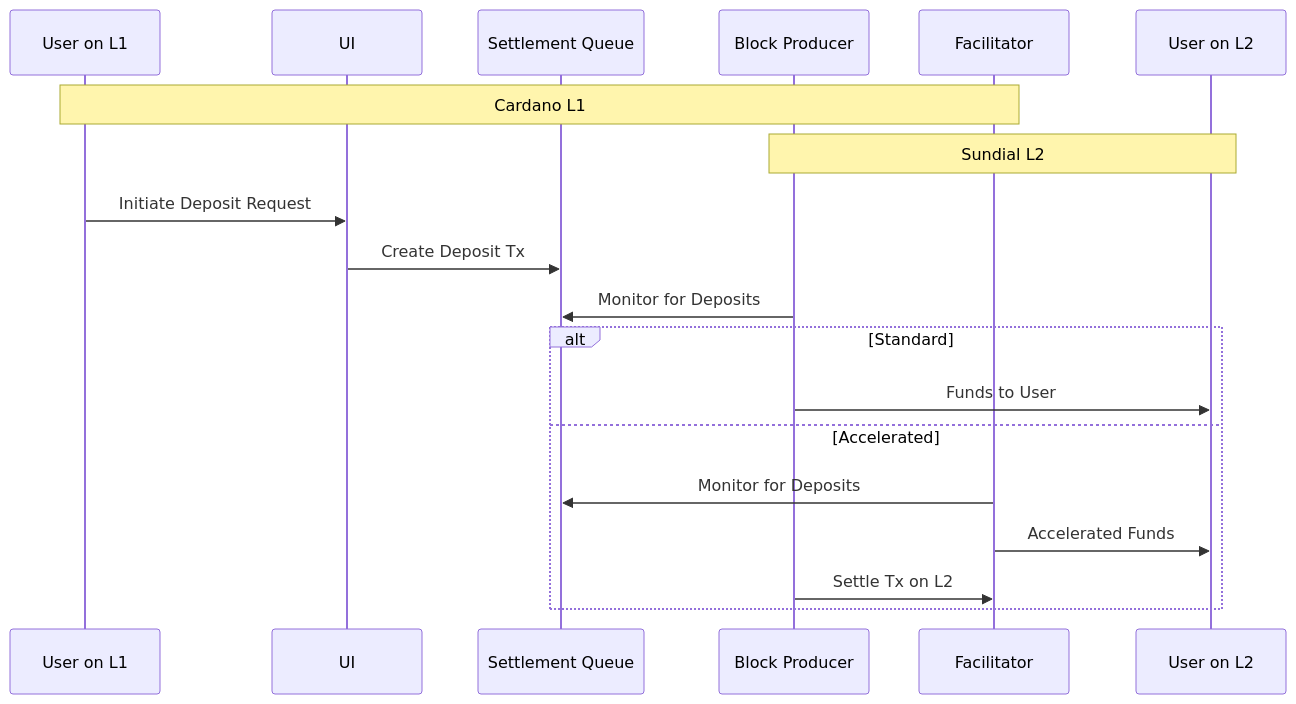
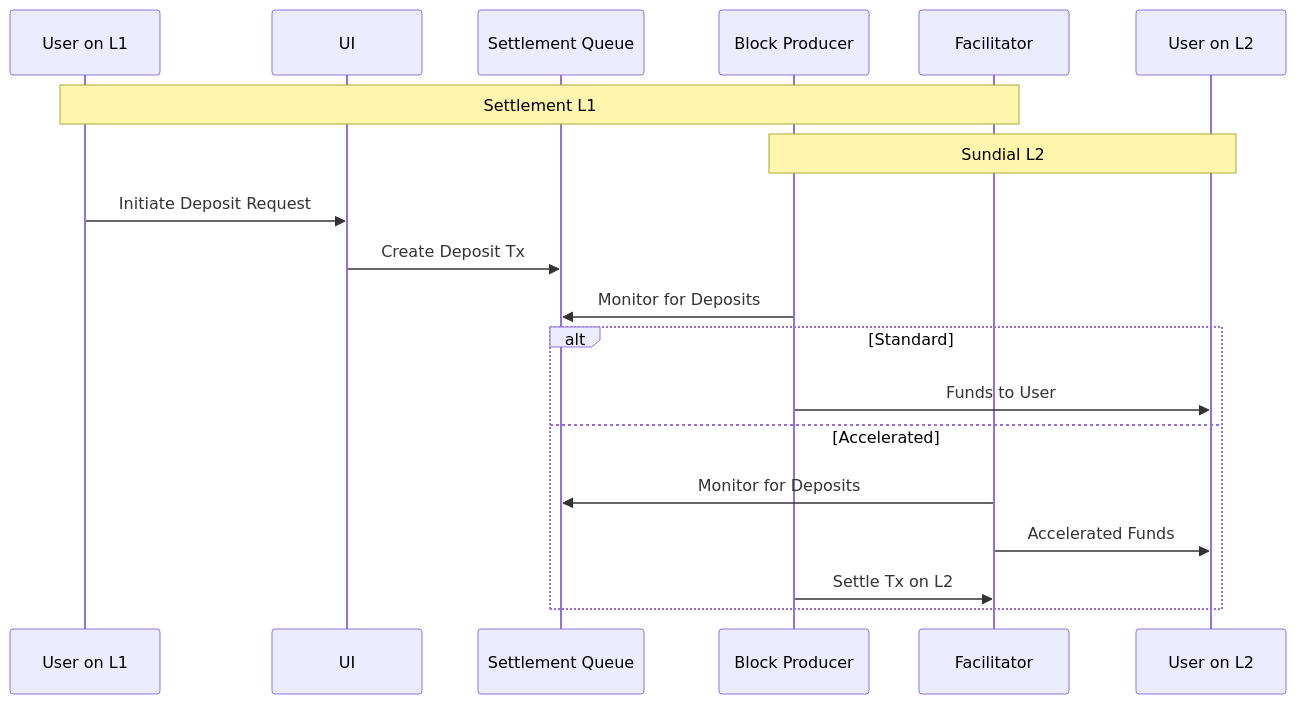
The fourth of 5 diagrams in architecture/layers/blueprint.md (sundial-protocol/internal-docs), drawn with Mermaid before and after one commit. The commit also changed other lines of this file and 10 other files, not shown here.

Commit message:
architecture docs refinement

````diff
--- a/architecture/layers/blueprint.md
+++ b/architecture/layers/blueprint.md
@@ -121,23 +121,23 @@
 ```mermaid
 sequenceDiagram
     participant User as User on L1
     participant UI
     participant L1 as Settlement Queue
     participant BP as Block Producer
     participant Facilitator
     participant L2 as User on L2
 
-    Note over User, Facilitator: Cardano L1
+    Note over User, Facilitator: Settlement L1
     Note over BP, L2: Sundial L2
     User->>UI: Initiate Deposit Request
     UI->>L1: Create Deposit Tx
     BP->>L1: Monitor for Deposits
 
 alt Standard
     BP->>L2: Funds to User
 else Accelerated
     Facilitator->>L1: Monitor for Deposits
     Facilitator->>L2: Accelerated Funds
     BP->>Facilitator: Settle Tx on L2
 end
 ```
````
